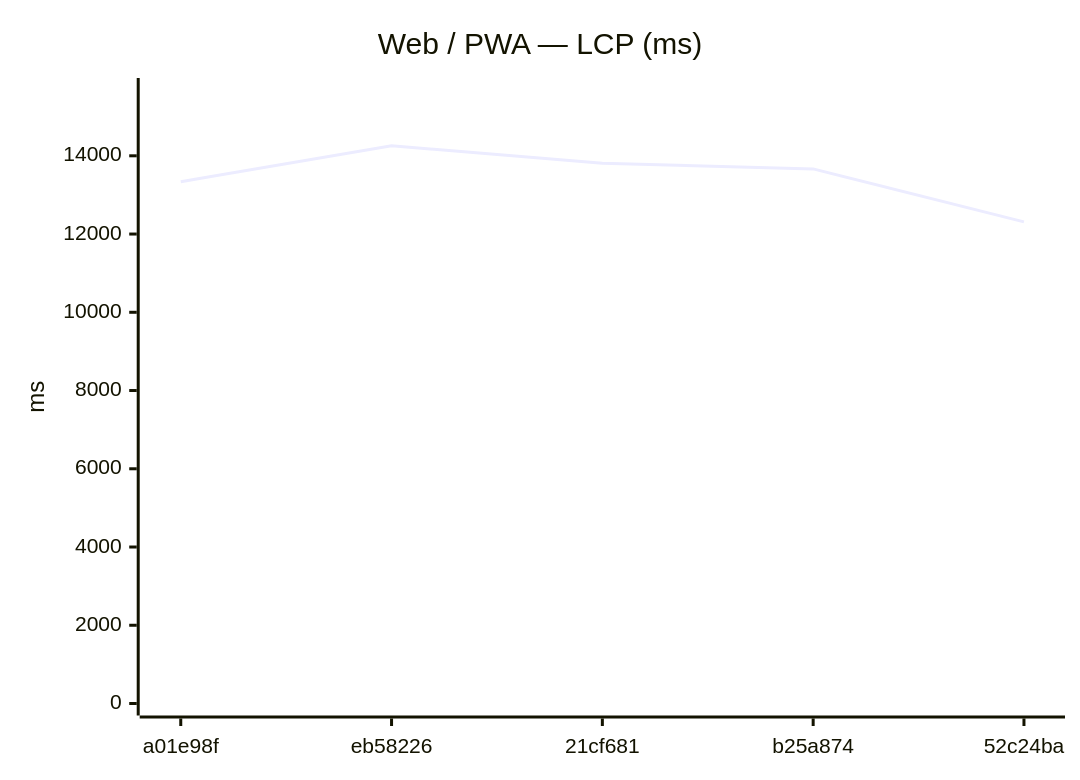
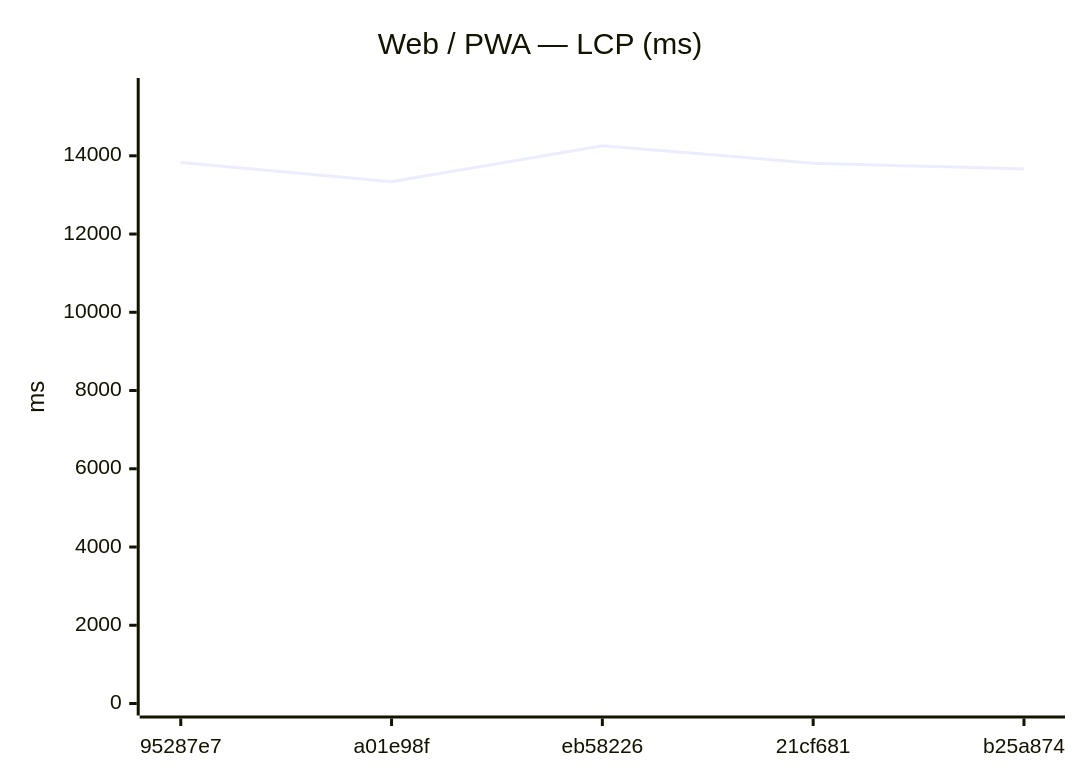
One commit to Metaheurist/Rianell changed the seventh of 18 diagrams in benchmarks/compare.md. Above: the diagram before and after it, drawn with Mermaid. The commit also changed other lines of this file and 11 other files, not shown here.

````diff
--- a/benchmarks/compare.md
+++ b/benchmarks/compare.md
@@ -117,7 +117,7 @@
 ```mermaid
 xychart-beta
     title "Web / PWA — LCP (ms)"
-    x-axis ["a01e98f", "eb58226", "21cf681", "b25a874", "52c24ba"]
+    x-axis ["95287e7", "a01e98f", "eb58226", "21cf681", "b25a874"]
     y-axis "ms" 0 --> 15682
-    line [13339, 14256, 13811, 13665, 12311]
+    line [13828, 13339, 14256, 13811, 13665]
 ```
````
